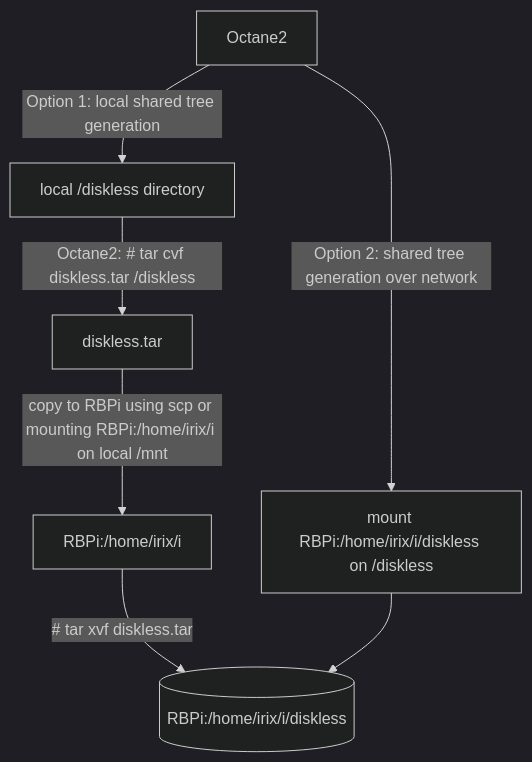
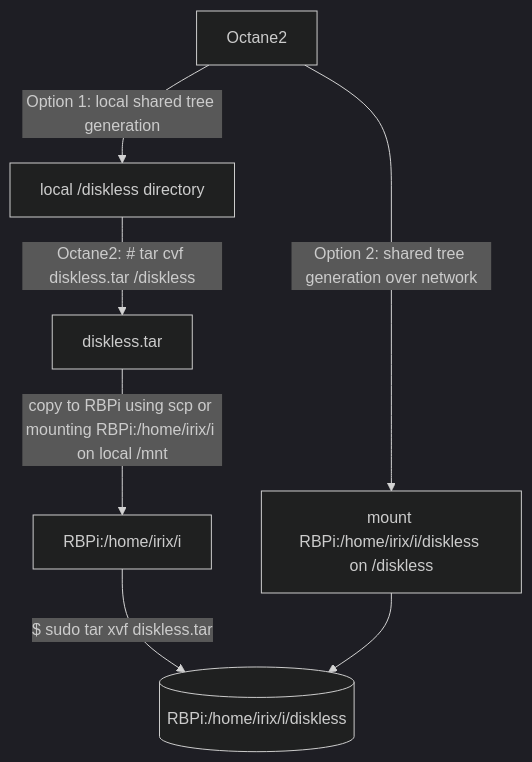
Before and after one commit to Linux-RISC/IRIX-diskless-workstation: the first of 3 diagrams in README.md, drawn with Mermaid (dark theme). The commit also changed other lines of this file, not shown here.

````diff
--- a/README.md
+++ b/README.md
@@ -31,6 +35,6 @@
 ```mermaid
 graph TD;
     Octane2--Option 1: local shared tree generation-->local_diskless[local /diskless directory]--Octane2: # tar cvf diskless.tar /diskless-->diskless.tar;
-    diskless.tar--copy to RBPi using scp or mounting RBPi:/home/irix/i on local /mnt-->RBPi:/home/irix/i--# tar xvf diskless.tar-->RBPi[(RBPi:/home/irix/i/diskless)];
+    diskless.tar--copy to RBPi using scp or mounting RBPi:/home/irix/i on local /mnt-->RBPi:/home/irix/i--$ sudo tar xvf diskless.tar-->RBPi[(RBPi:/home/irix/i/diskless)];
    Octane2--Option 2: shared tree generation over network-->mount_RBPi[mount RBPi:/home/irix/i/diskless on /diskless]-->RBPi[(RBPi:/home/irix/i/diskless)];
 ```
````
